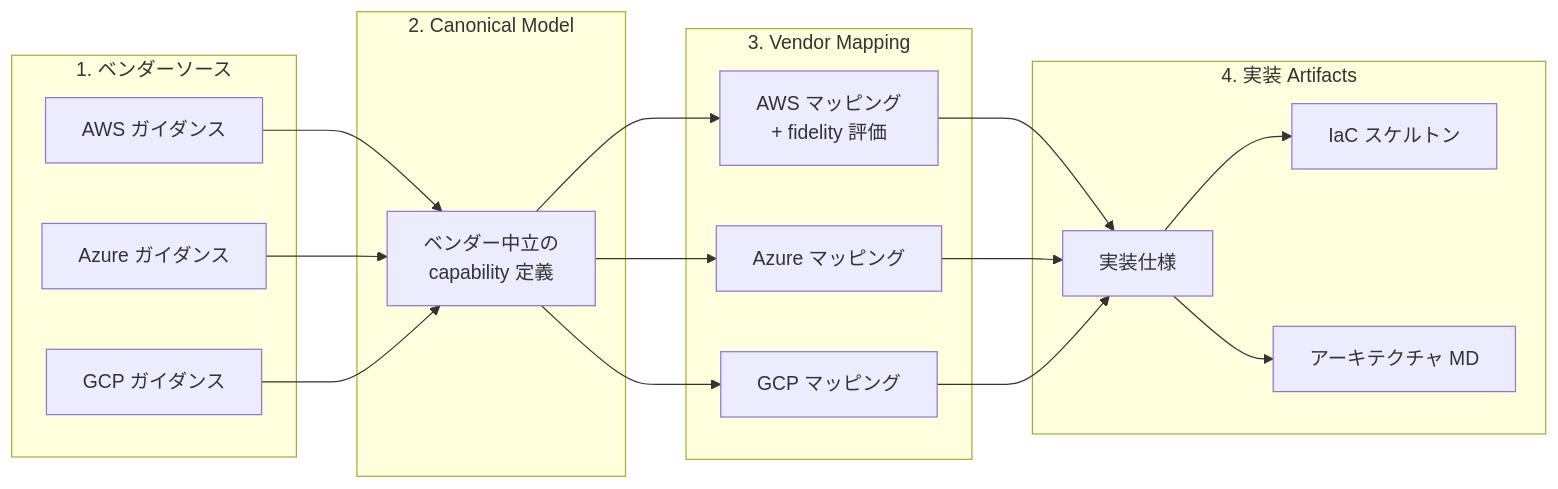
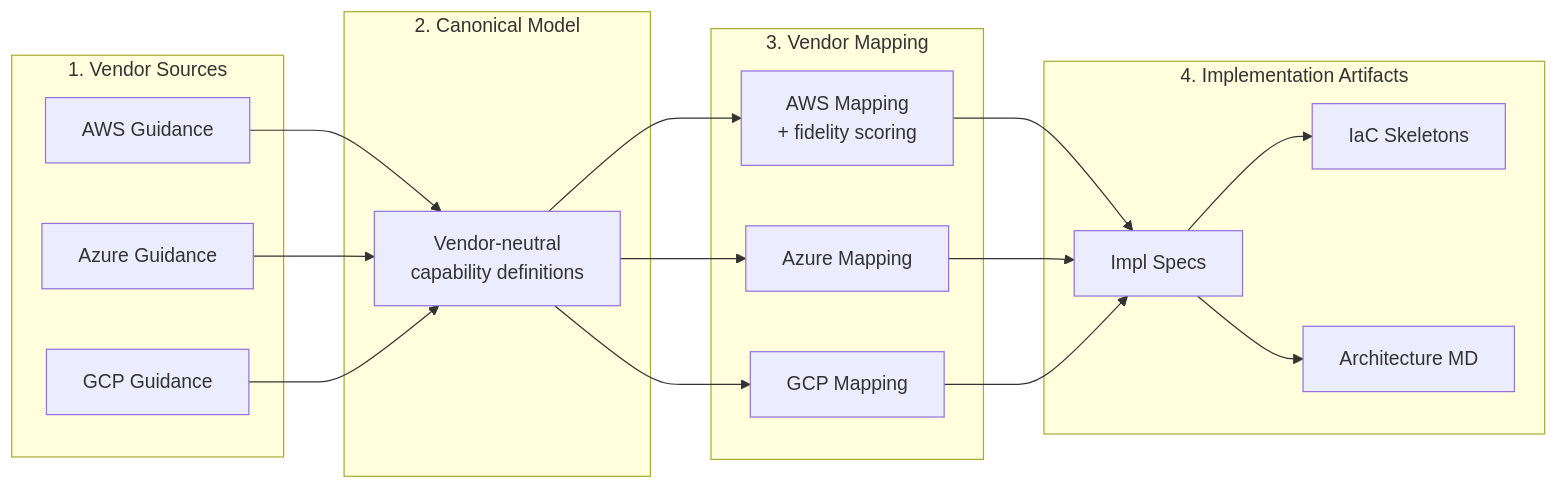
One commit to suwa-sh/multi-cloud-lifecycle-skills changed the diagram in README.md. Above: the diagram before and after it, drawn with Mermaid. The commit also changed other lines of this file and 1 other file, not shown here.

````diff
--- a/README.md
+++ b/README.md
@@ -13,36 +18,36 @@
 ```mermaid
 graph LR
-  subgraph sources["1. ベンダーソース"]
-    aws["AWS ガイダンス"]
-    azure["Azure ガイダンス"]
-    gcp["GCP ガイダンス"]
+  subgraph sources["1. Vendor Sources"]
+    aws["AWS Guidance"]
+    azure["Azure Guidance"]
+    gcp["GCP Guidance"]
   end
 
   subgraph canonical["2. Canonical Model"]
-    cap["ベンダー中立の<br/>capability 定義"]
+    cap["Vendor-neutral<br/>capability definitions"]
   end
 
   subgraph mapping["3. Vendor Mapping"]
-    mapAws["AWS マッピング<br/>+ fidelity 評価"]
-    mapAzure["Azure マッピング"]
-    mapGcp["GCP マッピング"]
+    mapAws["AWS Mapping<br/>+ fidelity scoring"]
+    mapAzure["Azure Mapping"]
+    mapGcp["GCP Mapping"]
   end
 
-  subgraph impl["4. 実装 Artifacts"]
-    spec["実装仕様"]
-    iac["IaC スケルトン"]
-    doc["アーキテクチャ MD"]
+  subgraph impl["4. Implementation Artifacts"]
+    spec["Impl Specs"]
+    iac["IaC Skeletons"]
+    doc["Architecture MD"]
   end
 
   aws --> cap
   azure --> cap
   gcp --> cap
   cap --> mapAws
   cap --> mapAzure
   cap --> mapGcp
   mapAws --> spec
   mapAzure --> spec
   mapGcp --> spec
   spec --> iac
   spec --> doc
 ```
````
